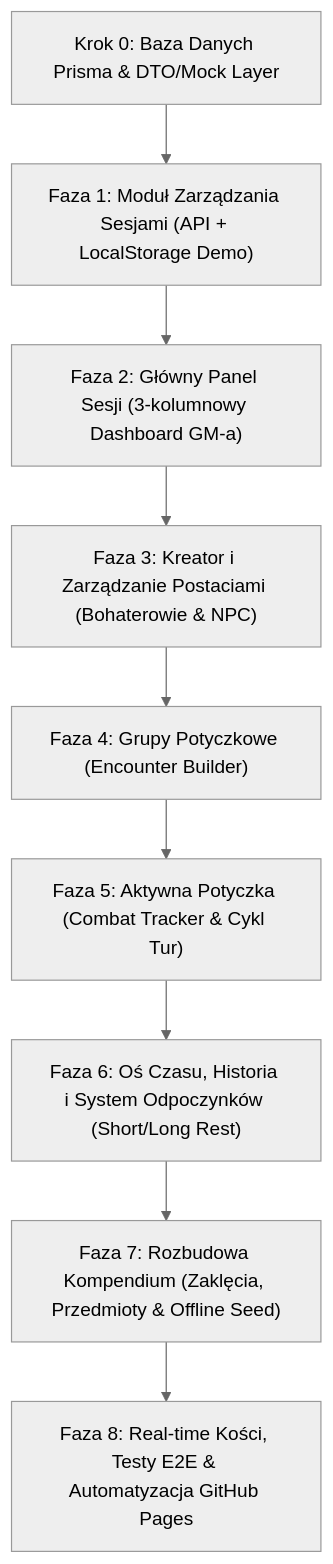
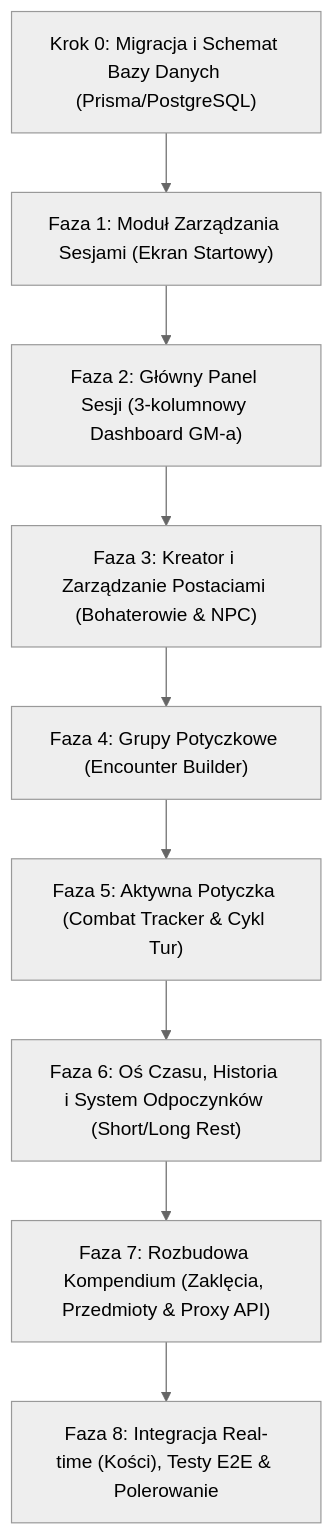
One commit to LukaszKosobucki/table-ops changed the diagram in PLAN.md. Above: the diagram before and after it, drawn with Mermaid (neutral theme). The commit also changed other lines of this file and 4 other files, not shown here.

Commit message:
reversed idea with hosting demo on gh pages

````diff
--- a/PLAN.md
+++ b/PLAN.md
@@ -93,21 +30,21 @@
 ```mermaid
 flowchart TD
-    K0["Krok 0: Baza Danych Prisma & DTO/Mock Layer"]
-    F1["Faza 1: Moduł Zarządzania Sesjami (API + LocalStorage Demo)"]
+    K0["Krok 0: Migracja i Schemat Bazy Danych (Prisma/PostgreSQL)"]
+    F1["Faza 1: Moduł Zarządzania Sesjami (Ekran Startowy)"]
     F2["Faza 2: Główny Panel Sesji (3-kolumnowy Dashboard GM-a)"]
     F3["Faza 3: Kreator i Zarządzanie Postaciami (Bohaterowie & NPC)"]
     F4["Faza 4: Grupy Potyczkowe (Encounter Builder)"]
     F5["Faza 5: Aktywna Potyczka (Combat Tracker & Cykl Tur)"]
     F6["Faza 6: Oś Czasu, Historia i System Odpoczynków (Short/Long Rest)"]
-    F7["Faza 7: Rozbudowa Kompendium (Zaklęcia, Przedmioty & Offline Seed)"]
-    F8["Faza 8: Real-time Kości, Testy E2E & Automatyzacja GitHub Pages"]
+    F7["Faza 7: Rozbudowa Kompendium (Zaklęcia, Przedmioty & Proxy API)"]
+    F8["Faza 8: Integracja Real-time (Kości), Testy E2E & Polerowanie"]
 
     K0 --> F1
     F1 --> F2
     F2 --> F3
     F3 --> F4
     F4 --> F5
     F5 --> F6
     F6 --> F7
     F7 --> F8
 ```
````
